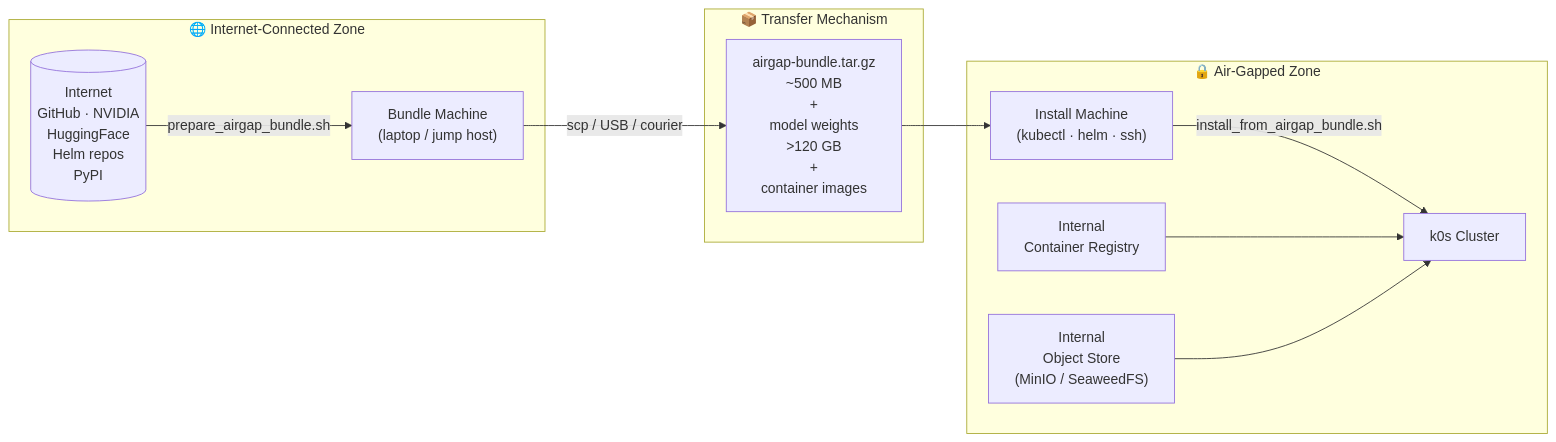
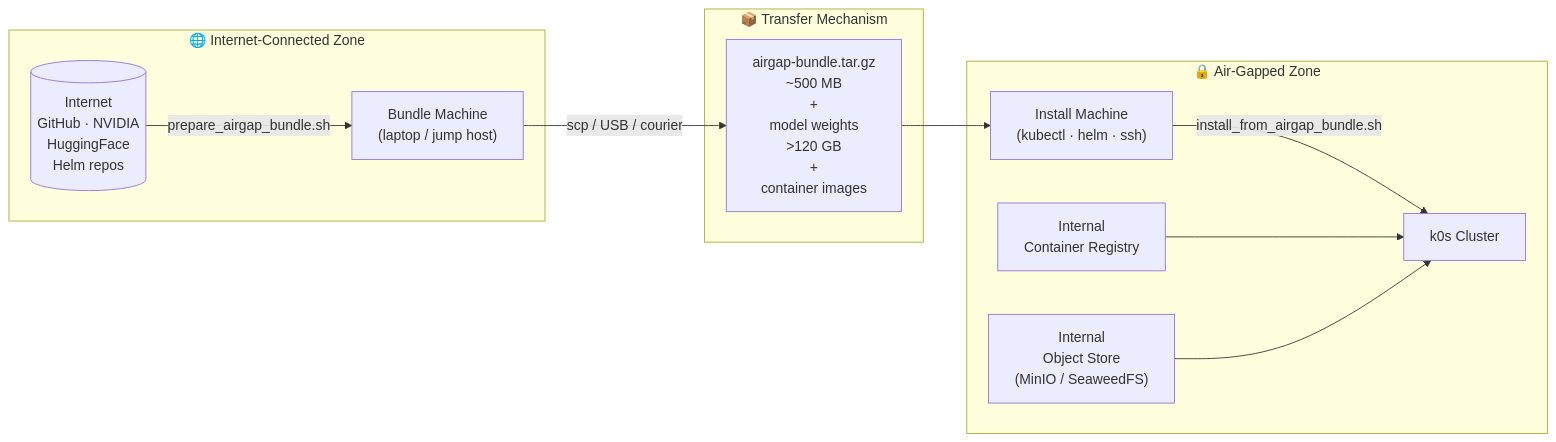
One commit to splunk/splunk-ai-operator changed the fifth of 11 diagrams in tools/cluster_setup/DEPLOYMENT_GUIDE.md. Above: the diagram before and after it, drawn with Mermaid. The commit also changed other lines of this file and 5 other files, not shown here.

````diff
--- a/tools/cluster_setup/DEPLOYMENT_GUIDE.md
+++ b/tools/cluster_setup/DEPLOYMENT_GUIDE.md
@@ -267,25 +257,25 @@
 ```mermaid
 flowchart LR
     subgraph CONNECTED["🌐 Internet-Connected Zone"]
         BNDMACHINE["Bundle Machine\n(laptop / jump host)"]
-        INTERNET[("Internet\nGitHub · NVIDIA\nHuggingFace\nHelm repos\nPyPI")]
+        INTERNET[("Internet\nGitHub · NVIDIA\nHuggingFace\nHelm repos")]
     end
 
     subgraph TRANSFER["📦 Transfer Mechanism"]
         TARBALL["airgap-bundle.tar.gz\n~500 MB\n+\nmodel weights\n>120 GB\n+\ncontainer images"]
     end
 
     subgraph AIRGAP["🔒 Air-Gapped Zone"]
         INSTALLMACHINE["Install Machine\n(kubectl · helm · ssh)"]
         REGISTRY["Internal\nContainer Registry"]
         OBJSTORE["Internal\nObject Store\n(MinIO / SeaweedFS)"]
         CLUSTER["k0s Cluster"]
     end
 
     INTERNET -->|prepare_airgap_bundle.sh| BNDMACHINE
     BNDMACHINE -->|scp / USB / courier| TARBALL
     TARBALL --> INSTALLMACHINE
     INSTALLMACHINE -->|install_from_airgap_bundle.sh| CLUSTER
     REGISTRY --> CLUSTER
     OBJSTORE --> CLUSTER
 ```
````
